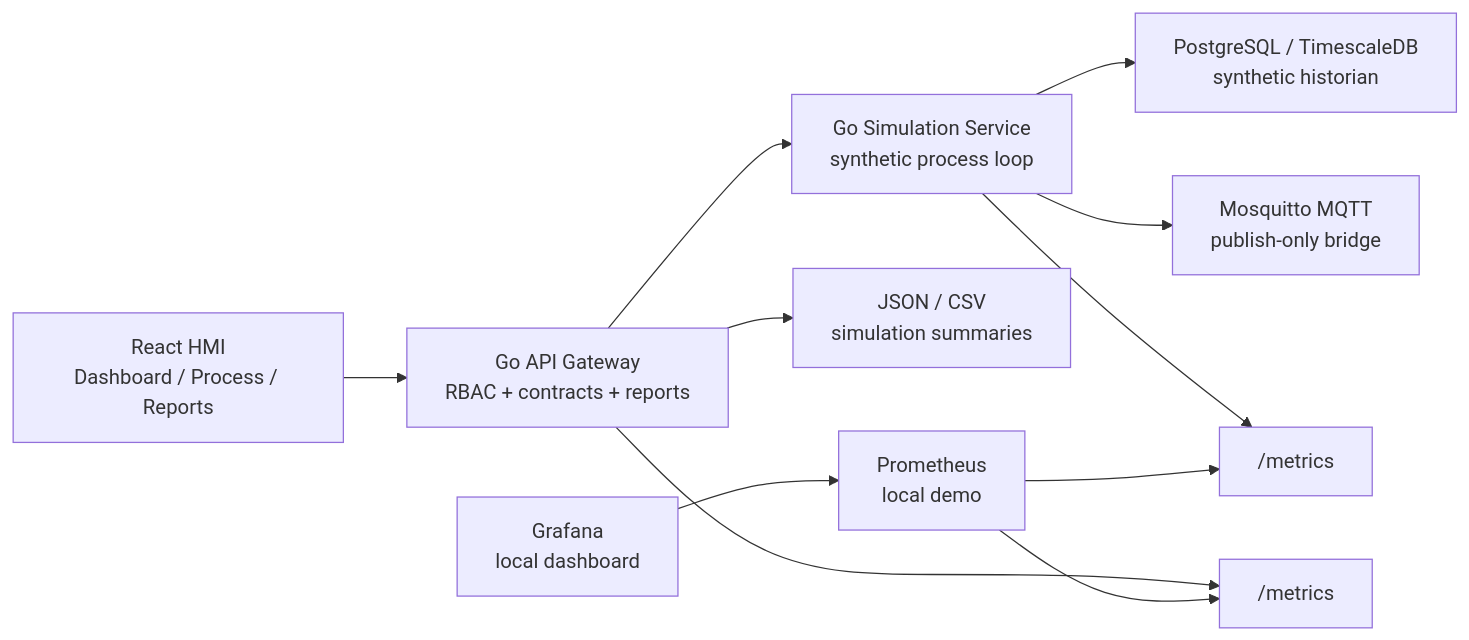
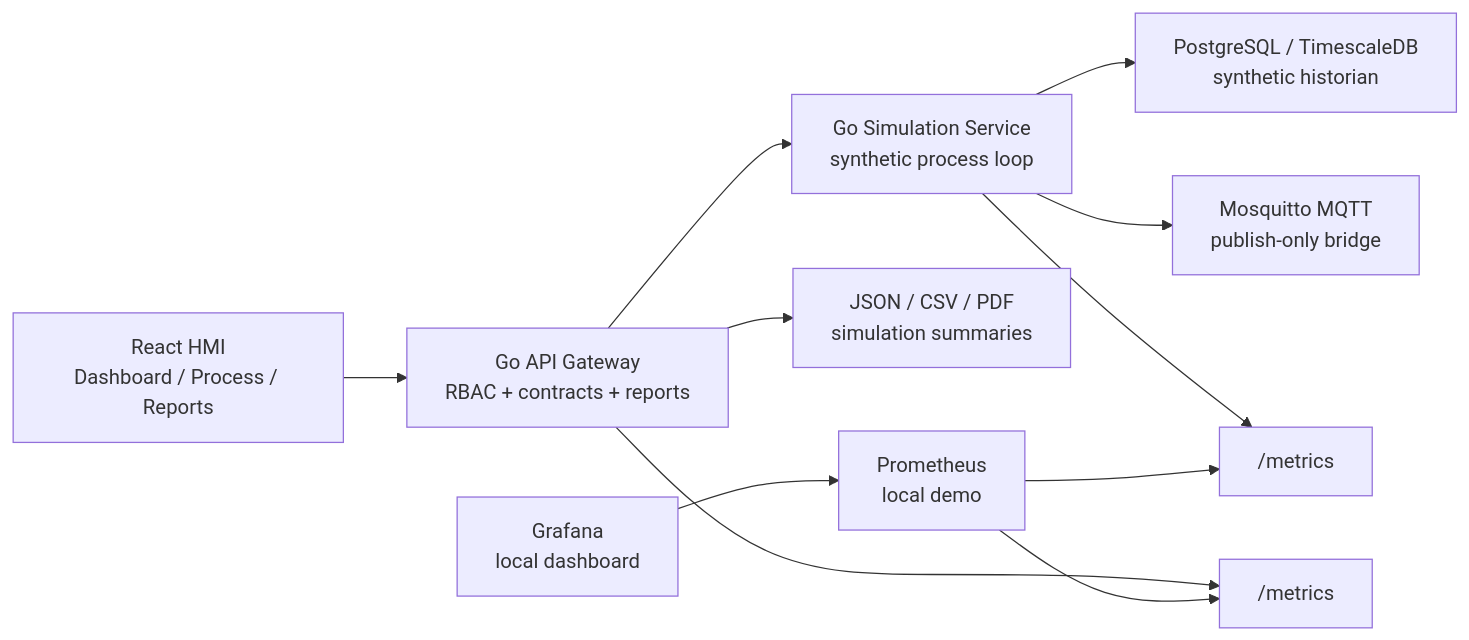
The first of 2 diagrams in README.md (dimbo1324/smr-digital-twin-platform-r), drawn with Mermaid before and after one commit. The commit also changed other lines of this file and 48 other files, not shown here.

Commit message:
feat: add scenario yaml pdf reports and browser matrix

````diff
--- a/README.md
+++ b/README.md
@@ -48,13 +48,13 @@
 ```mermaid
 flowchart LR
     Web["React HMI<br/>Dashboard / Process / Reports"] --> API["Go API Gateway<br/>RBAC + contracts + reports"]
     API --> Sim["Go Simulation Service<br/>synthetic process loop"]
     Sim --> Historian["PostgreSQL / TimescaleDB<br/>synthetic historian"]
     Sim --> MQTT["Mosquitto MQTT<br/>publish-only bridge"]
-    API --> Reports["JSON / CSV<br/>simulation summaries"]
+    API --> Reports["JSON / CSV / PDF<br/>simulation summaries"]
     API --> MetricsAPI["/metrics"]
     Sim --> MetricsSim["/metrics"]
     Prom["Prometheus<br/>local demo"] --> MetricsAPI
     Prom --> MetricsSim
     Grafana["Grafana<br/>local dashboard"] --> Prom
 ```
````
